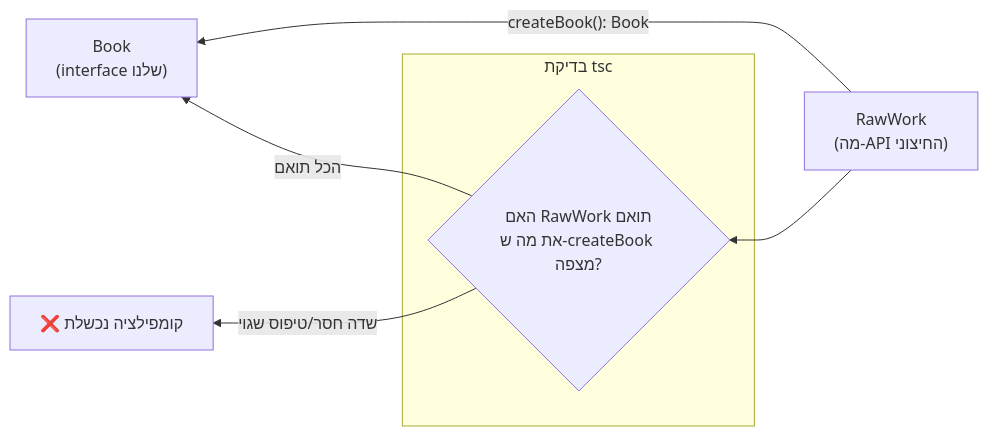
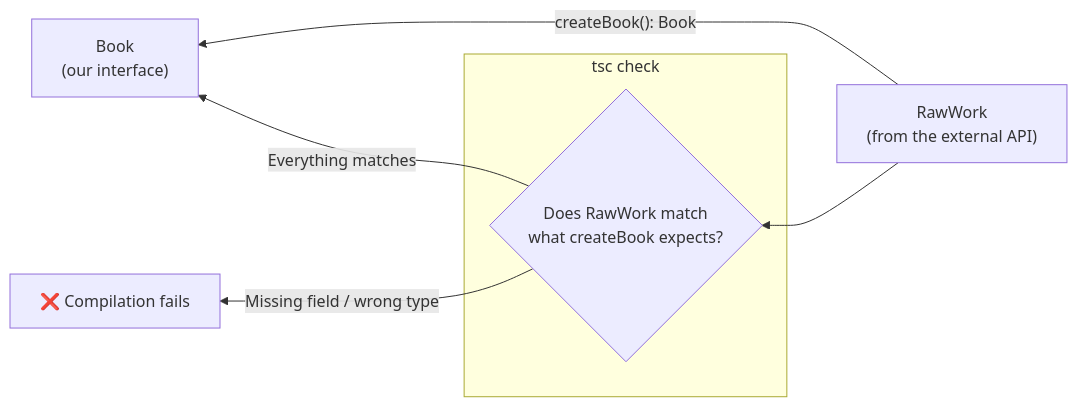
Before and after one commit to neriyaMalachi/FullStack_kodkode_5: the diagram in content/docs/typescript/114-typescript-capstone-project-content.md, drawn with Mermaid. The commit also changed other lines of this file and 117 other files, not shown here.

````diff
--- a/content/docs/typescript/114-typescript-capstone-project-content.md
+++ b/content/docs/typescript/114-typescript-capstone-project-content.md
@@ -73,10 +73,10 @@
 ```mermaid
 flowchart RL
-    RAW["RawWork<br/>(מה-API החיצוני)"] -->|"createBook(): Book"| BOOK["Book<br/>(interface שלנו)"]
-    subgraph tsc["בדיקת tsc"]
-        CHECK{"האם RawWork תואם<br/>את מה ש-createBook מצפה?"}
+    RAW["RawWork<br/>(from the external API)"] -->|"createBook(): Book"| BOOK["Book<br/>(our interface)"]
+    subgraph tsc["tsc check"]
+        CHECK{"Does RawWork match<br/>what createBook expects?"}
     end
     RAW --> CHECK
-    CHECK -->|"שדה חסר/טיפוס שגוי"| FAIL["❌ קומפילציה נכשלת"]
-    CHECK -->|"הכל תואם"| BOOK
+    CHECK -->|"Missing field / wrong type"| FAIL["❌ Compilation fails"]
+    CHECK -->|"Everything matches"| BOOK
 ```
````
